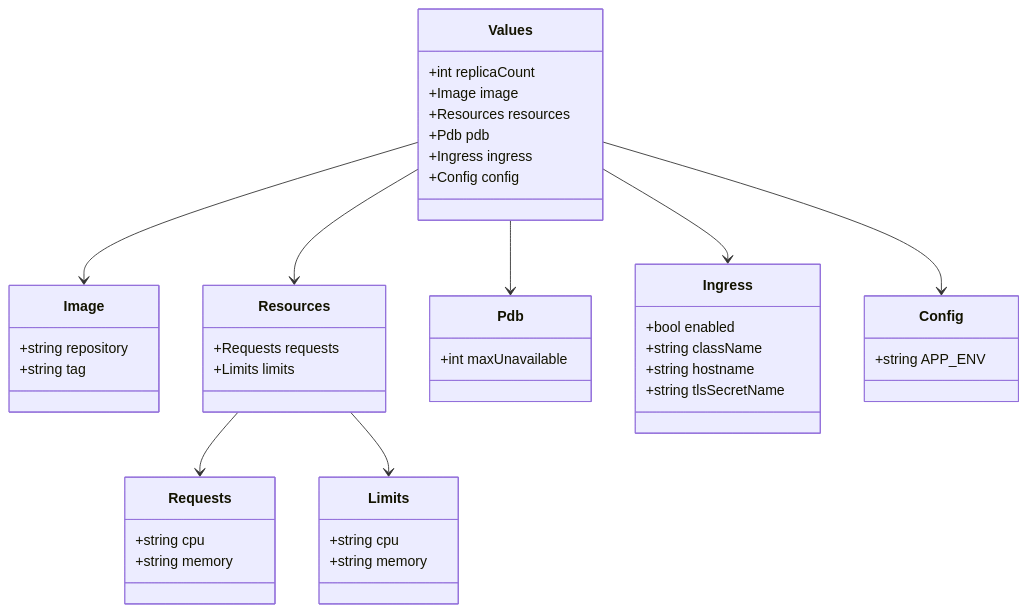
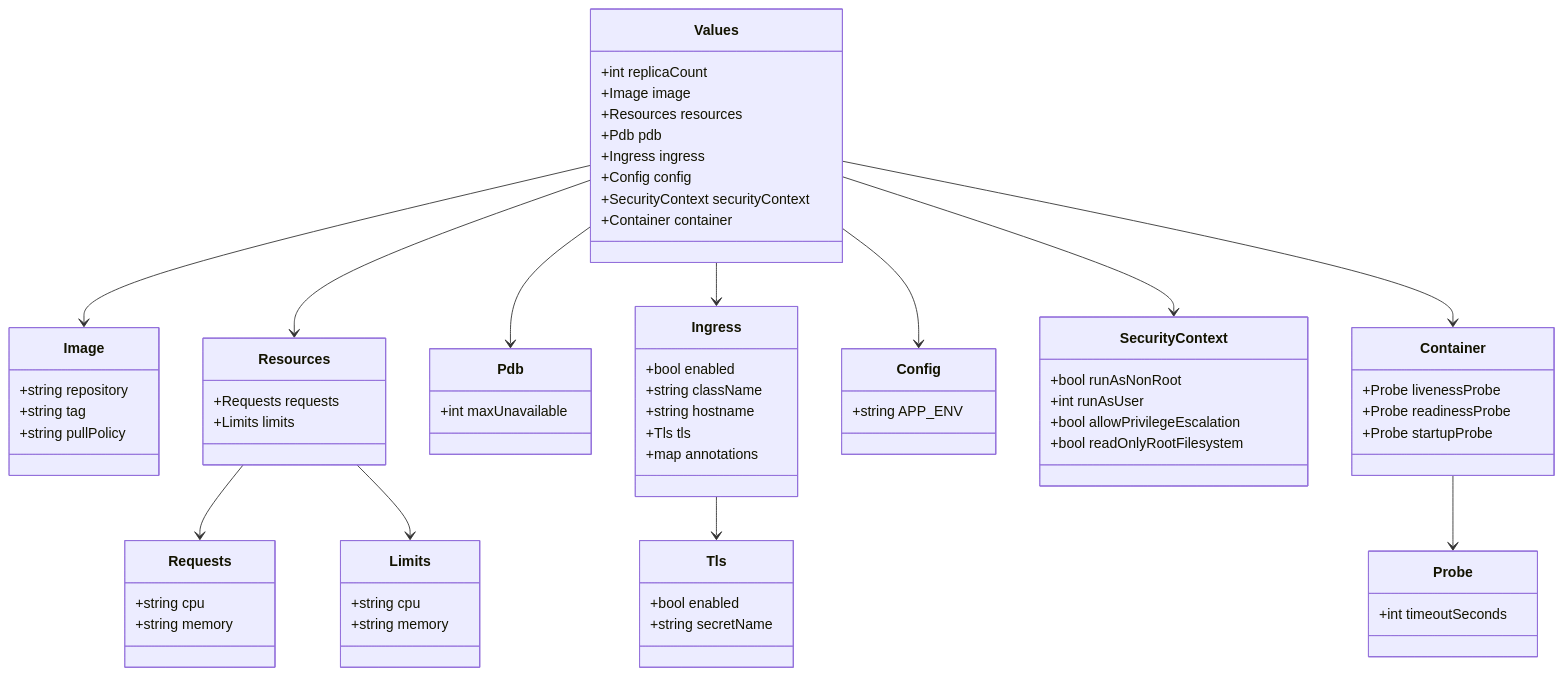
The second of 4 diagrams in docs/repository-structure.md (leynos/wildside), drawn with Mermaid before and after one commit. The commit also changed 8 other files, not shown here.

Commit message:
Refine Helm chart configuration

````diff
--- a/docs/repository-structure.md
+++ b/docs/repository-structure.md
@@ -126,46 +126,72 @@
 ```mermaid
 classDiagram
     class Values {
       +int replicaCount
       +Image image
       +Resources resources
       +Pdb pdb
       +Ingress ingress
       +Config config
+      +SecurityContext securityContext
+      +Container container
     }
     class Image {
       +string repository
       +string tag
+      +string pullPolicy
     }
     class Resources {
       +Requests requests
       +Limits limits
     }
     class Requests {
       +string cpu
       +string memory
     }
     class Limits {
       +string cpu
       +string memory
     }
     class Pdb {
       +int maxUnavailable
     }
     class Ingress {
       +bool enabled
       +string className
       +string hostname
-      +string tlsSecretName
+      +Tls tls
+      +map<string,string> annotations
+    }
+    class Tls {
+      +bool enabled
+      +string secretName
     }
     class Config {
       +string APP_ENV
+    }
+    class SecurityContext {
+      +bool runAsNonRoot
+      +int runAsUser
+      +bool allowPrivilegeEscalation
+      +bool readOnlyRootFilesystem
+    }
+    class Container {
+      +Probe livenessProbe
+      +Probe readinessProbe
+      +Probe startupProbe
+    }
+    class Probe {
+      +int timeoutSeconds
     }
     Values --> Image
     Values --> Resources
     Resources --> Requests
     Resources --> Limits
     Values --> Pdb
     Values --> Ingress
     Values --> Config
+    Values --> SecurityContext
+    Values --> Container
+    Ingress --> Tls
+    Container --> Probe
 ```
````
